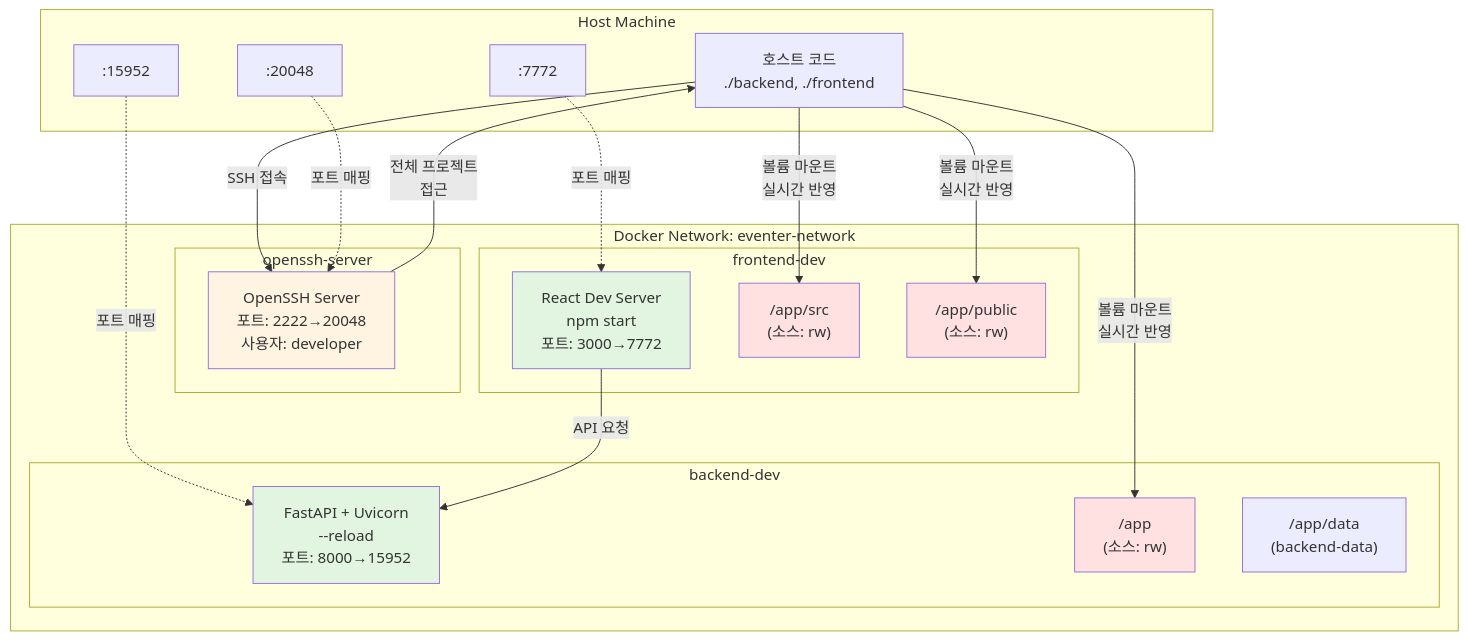
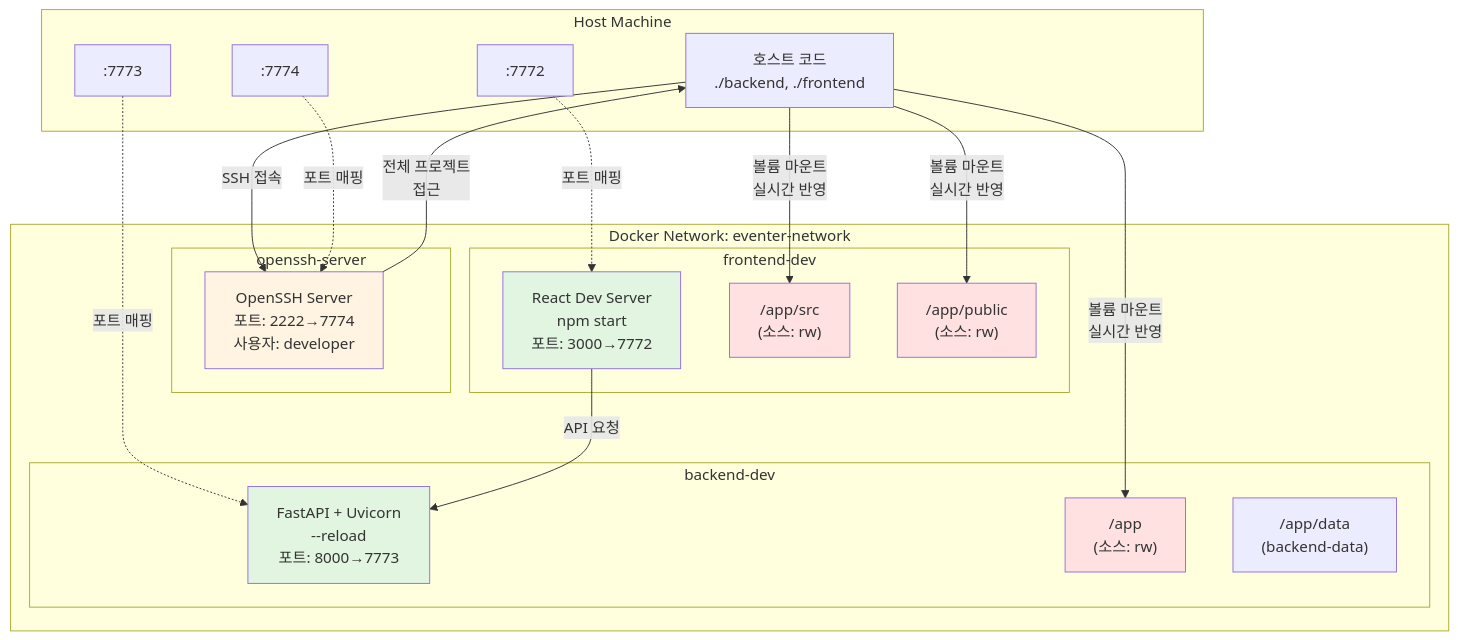
The first of 3 diagrams in docs/DOCKER_SETUP_GUIDE.md (koanghun/eventer-map), drawn with Mermaid before and after one commit. The commit also changed other lines of this file and 4 other files, not shown here.

````diff
--- a/docs/DOCKER_SETUP_GUIDE.md
+++ b/docs/DOCKER_SETUP_GUIDE.md
@@ -16,46 +16,46 @@
 ```mermaid
 graph TB
     subgraph "Host Machine"
         HC[호스트 코드<br/>./backend, ./frontend]
-        HP1[":20048"]
-        HP2[":15952"]
+        HP1[":7774"]
+        HP2[":7773"]
         HP3[":7772"]
     end
     
     subgraph "Docker Network: eventer-network"
         subgraph "openssh-server"
-            SSH["OpenSSH Server<br/>포트: 2222→20048<br/>사용자: developer"]
+            SSH["OpenSSH Server<br/>포트: 2222→7774<br/>사용자: developer"]
         end
         
         subgraph "backend-dev"
-            BE["FastAPI + Uvicorn<br/>--reload<br/>포트: 8000→15952"]
+            BE["FastAPI + Uvicorn<br/>--reload<br/>포트: 8000→7773"]
             BV1["/app<br/>(소스: rw)"]
             BV2["/app/data<br/>(backend-data)"]
         end
         
         subgraph "frontend-dev"
             FE["React Dev Server<br/>npm start<br/>포트: 3000→7772"]
             FV1["/app/src<br/>(소스: rw)"]
             FV2["/app/public<br/>(소스: rw)"]
         end
     end
     
     HC -->|볼륨 마운트<br/>실시간 반영| BV1
     HC -->|볼륨 마운트<br/>실시간 반영| FV1
     HC -->|볼륨 마운트<br/>실시간 반영| FV2
     HC -->|SSH 접속| SSH
     
     HP1 -.->|포트 매핑| SSH
     HP2 -.->|포트 매핑| BE
     HP3 -.->|포트 매핑| FE
     
     FE -->|API 요청| BE
     SSH -->|전체 프로젝트<br/>접근| HC
     
     style BE fill:#e1f5e1
     style FE fill:#e1f5e1
     style SSH fill:#fff4e1
     style BV1 fill:#ffe1e1
     style FV1 fill:#ffe1e1
     style FV2 fill:#ffe1e1
 ```
````
